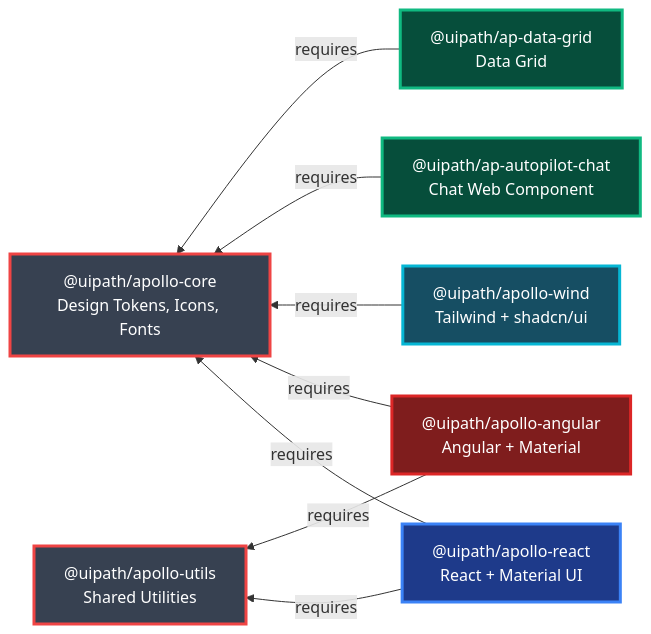
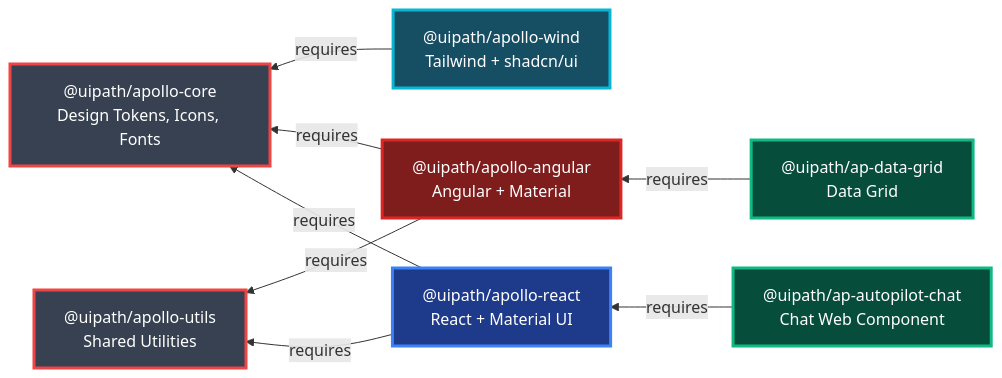
The diagram in README.md (UiPath/apollo-ui), drawn with Mermaid before and after one commit. The commit also changed 1 other file, not shown here.

Commit message:
chore(repo): update dependency graphs

````diff
--- a/README.md
+++ b/README.md
@@ -22,19 +22,19 @@
 ```mermaid
 graph RL
     React["@uipath/apollo-react<br/>React + Material UI"] -->|requires| Core["@uipath/apollo-core<br/>Design Tokens, Icons, Fonts"]
     Angular["@uipath/apollo-angular<br/>Angular + Material"] -->|requires| Core
     Wind["@uipath/apollo-wind<br/>Tailwind + shadcn/ui"] -->|requires| Core
-    Chat["@uipath/ap-autopilot-chat<br/>Chat Web Component"] -->|requires| Core
-    Grid["@uipath/ap-data-grid<br/>Data Grid"] -->|requires| Core
+    Chat["@uipath/ap-autopilot-chat<br/>Chat Web Component"] -->|requires| React
+    Grid["@uipath/ap-data-grid<br/>Data Grid"] -->|requires| Angular
 
     React -->|requires| Utils["@uipath/apollo-utils<br/>Shared Utilities"]
     Angular -->|requires| Utils
 
     style Core fill:#374151,stroke:#ef4444,stroke-width:3px,color:#fff
     style Utils fill:#374151,stroke:#ef4444,stroke-width:3px,color:#fff
     style React fill:#1e3a8a,stroke:#3b82f6,stroke-width:3px,color:#fff
     style Angular fill:#7f1d1d,stroke:#dc2626,stroke-width:3px,color:#fff
     style Wind fill:#164e63,stroke:#06b6d4,stroke-width:3px,color:#fff
     style Chat fill:#064e3b,stroke:#10b981,stroke-width:3px,color:#fff
     style Grid fill:#064e3b,stroke:#10b981,stroke-width:3px,color:#fff
 ```
````
